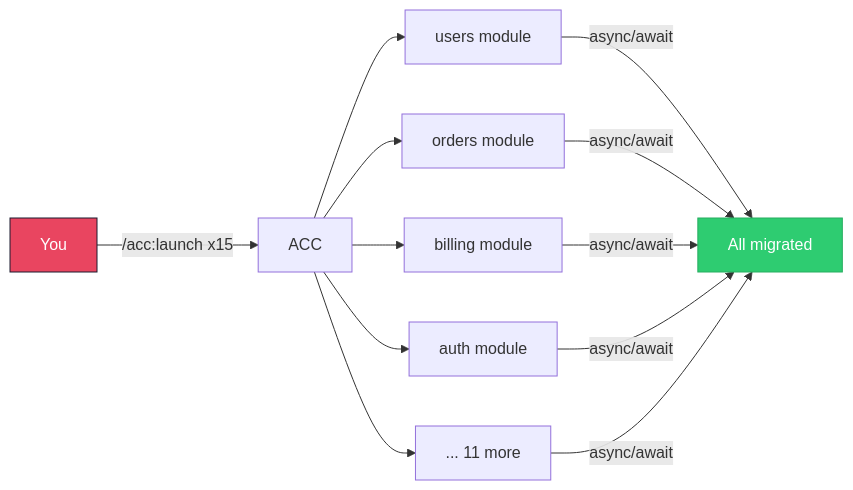
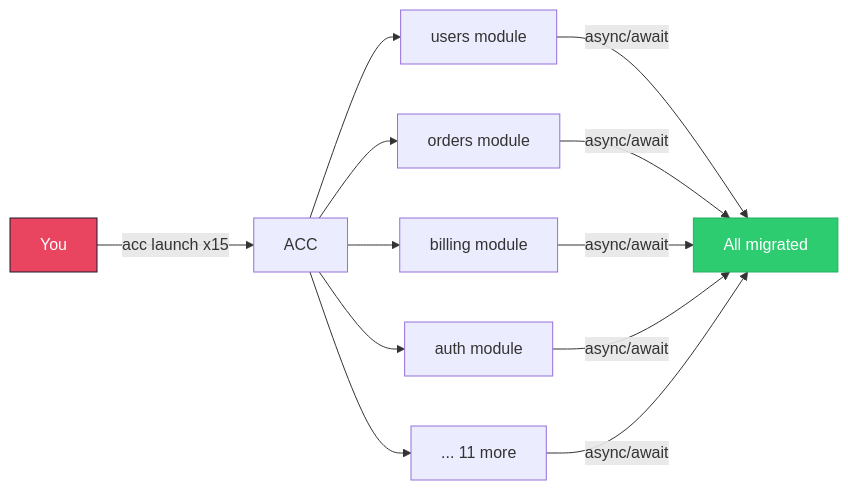
The seventh of 8 diagrams in README.md (EvolvingAgentsLabs/agent-command-center), drawn with Mermaid before and after one commit. The commit also changed other lines of this file, not shown here.

First line of the commit message:
Fix Mermaid diagrams for GitHub rendering compatibility

````diff
--- a/README.md
+++ b/README.md
@@ -493,18 +494,18 @@
 ```mermaid
 graph LR
-    YOU["You"] -->|"/acc:launch x15"| ACC["ACC"]
+    YOU["You"] -->|"acc launch x15"| ACC["ACC"]
     ACC --> M1["users module"]
     ACC --> M2["orders module"]
     ACC --> M3["billing module"]
     ACC --> M4["auth module"]
     ACC --> M5["... 11 more"]
 
-    M1 -->|async/await| DONE["All migrated"]
-    M2 -->|async/await| DONE
-    M3 -->|async/await| DONE
-    M4 -->|async/await| DONE
-    M5 -->|async/await| DONE
+    M1 -->|"async/await"| DONE["All migrated"]
+    M2 -->|"async/await"| DONE
+    M3 -->|"async/await"| DONE
+    M4 -->|"async/await"| DONE
+    M5 -->|"async/await"| DONE
 
     style YOU fill:#e94560,stroke:#1a1a2e,color:#fff
     style DONE fill:#2ecc71,stroke:#27ae60,color:#fff
 ```
````
